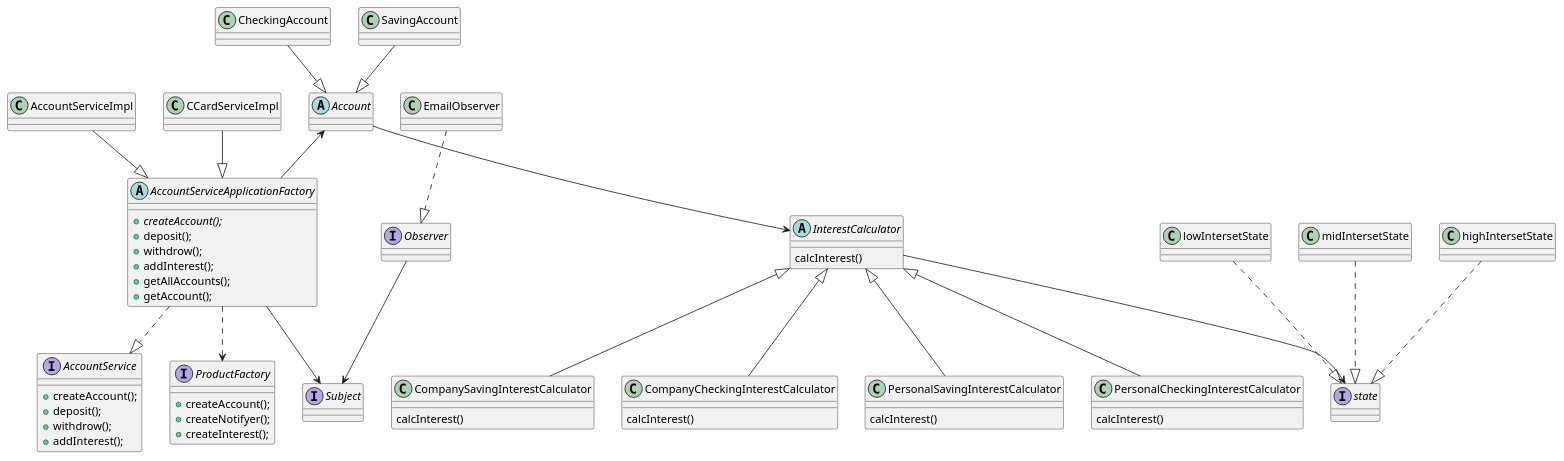
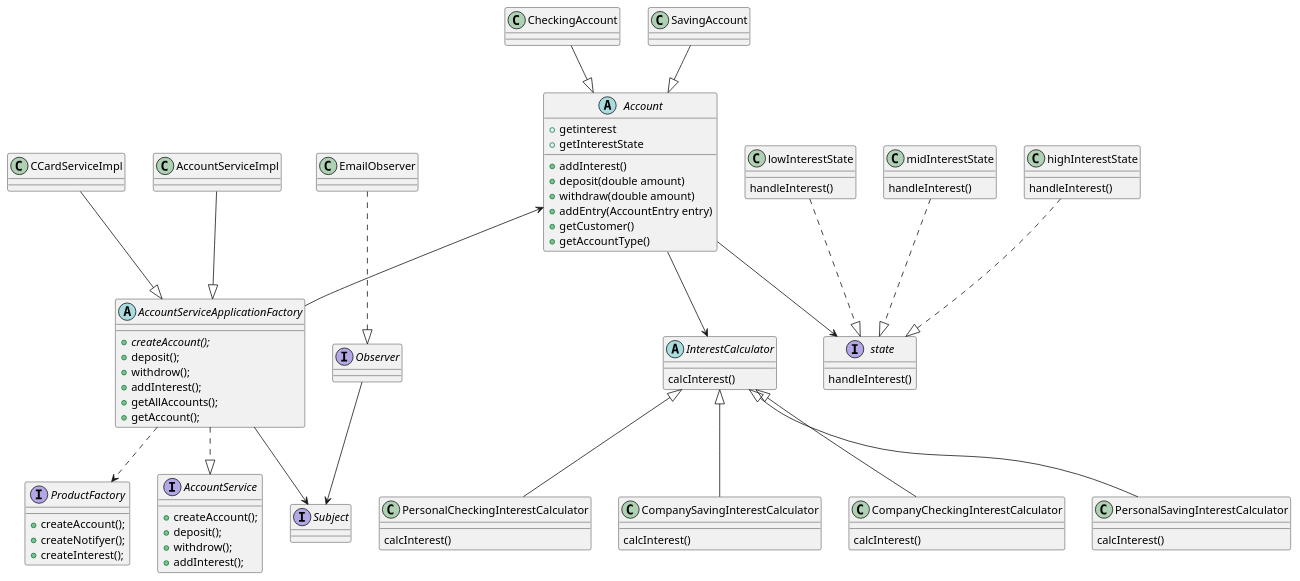
One commit to kgapparov/ASDProject changed the diagram in src/main/java/Internal/classDiagram2.puml. Above: the diagram before and after it, drawn with PlantUML. The commit also changed 4 other files, not shown here.

Commit message:
UML update Interest / Account / State State to be Interface

```diff
--- a/src/main/java/Internal/classDiagram2.puml
+++ b/src/main/java/Internal/classDiagram2.puml
@@ -1,86 +1,106 @@
 @startuml
 'https://plantuml.com/class-diagram
 
 interface AccountService {
     +createAccount();
     +deposit();
     +withdrow();
     +addInterest();
 }
 
 abstract AccountServiceApplicationFactory{
     +{abstract}createAccount();
     +deposit();
     +withdrow();
     +addInterest();
     +getAllAccounts();
     +getAccount();
 }
 
 
 
 interface ProductFactory {
     +createAccount();
     +createNotifyer();
     +createInterest();
 }
 'new Account product with subclasses
-abstract Account
+abstract Account{
++getinterest
++getInterestState
++addInterest()
++deposit(double amount)
++withdraw(double amount)
++addEntry(AccountEntry entry)
++getCustomer()
++getAccountType()
+}
 class CheckingAccount
 class SavingAccount
 
 
  abstract InterestCalculator{
  calcInterest()
  }
  class PersonalSavingInterestCalculator{
  calcInterest()
  }
  class PersonalCheckingInterestCalculator{
  calcInterest()
  }
  class CompanySavingInterestCalculator{
  calcInterest()
  }
  class CompanyCheckingInterestCalculator{
  calcInterest()
  }
 
 
  interface state{
+ handleInterest()
+ }
+
+ class lowInterestState{
+ handleInterest()
+ }
+ class midInterestState{
+ handleInterest()
+ }
+ class highInterestState{
+ handleInterest()
  }
 
 'diagram
 CheckingAccount --|> Account
 SavingAccount --|> Account
 
 
 'Observer pattern for notifiyer
 interface Subject
 Interface Observer
 class EmailObserver
 
 Observer --> Subject
 EmailObserver ..|> Observer
 
 AccountServiceApplicationFactory --> Subject
 
 
 AccountServiceApplicationFactory ..|> AccountService
 AccountServiceImpl --|> AccountServiceApplicationFactory
 CCardServiceImpl --|> AccountServiceApplicationFactory
 
 AccountServiceApplicationFactory ..> ProductFactory
 Account <-- AccountServiceApplicationFactory
 
  Account -->InterestCalculator
-InterestCalculator --> state
-lowIntersetState ..|> state
-midIntersetState ..|> state
-highIntersetState ..|> state
+Account --> state
+  lowInterestState ..|> state
+  midInterestState ..|> state
+  highInterestState ..|> state
  InterestCalculator <|--PersonalSavingInterestCalculator
  InterestCalculator <|--PersonalCheckingInterestCalculator
  InterestCalculator <|--CompanySavingInterestCalculator
  InterestCalculator <|--CompanyCheckingInterestCalculator
 
 @enduml
```
